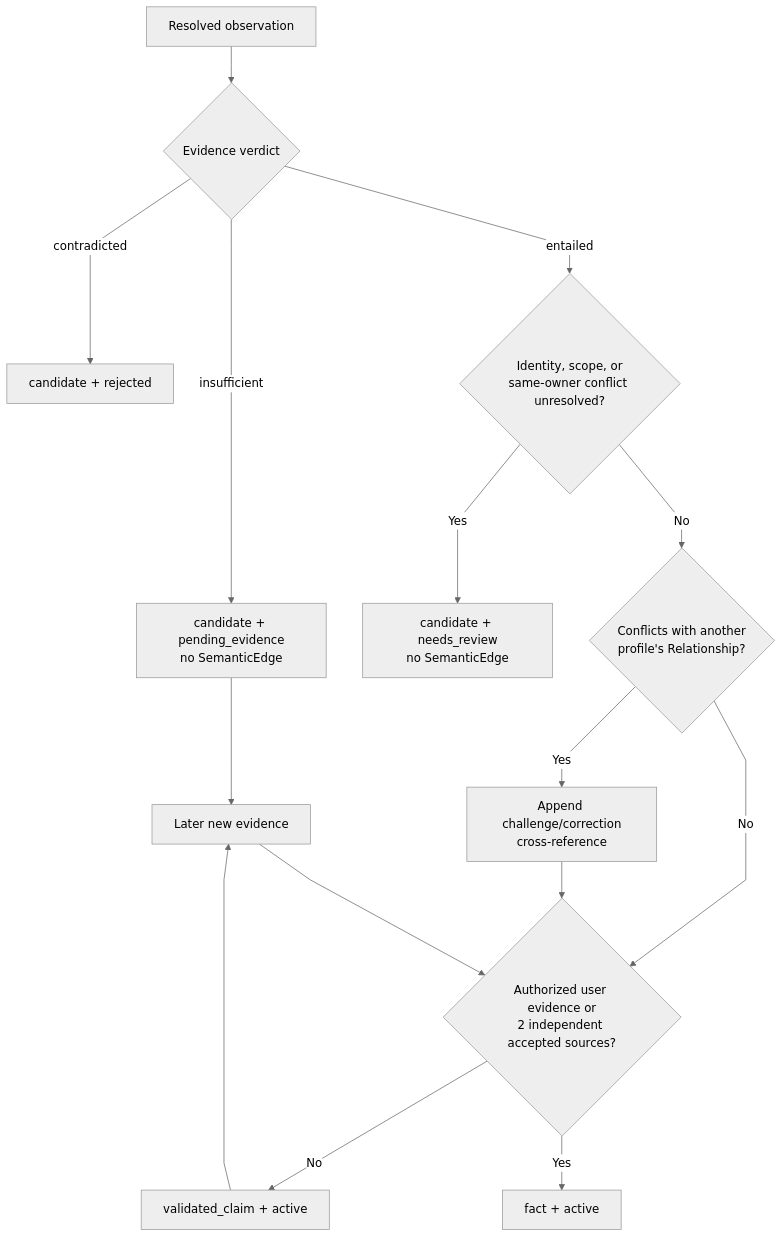
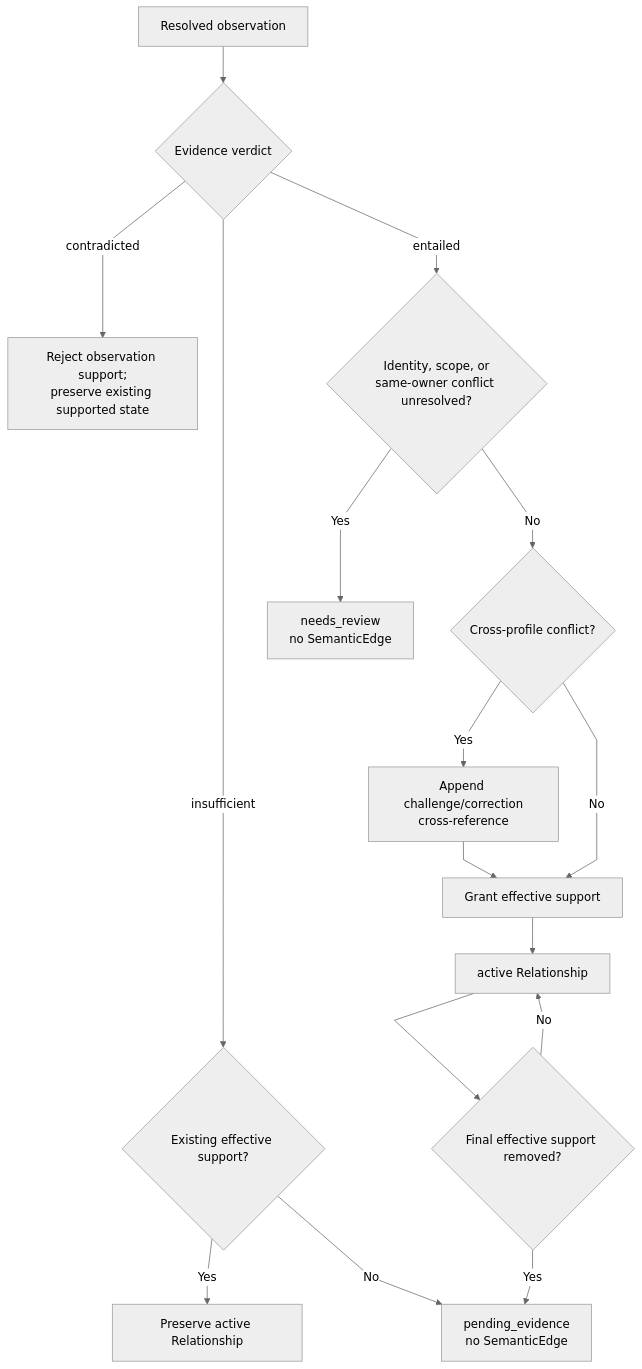
The sixth of 10 diagrams in Relationship-Model-And-Lifecycle.md (markhuangai/dense-mem), drawn with Mermaid (neutral theme) before and after one commit. The commit also changed other lines of this file and 27 other files, not shown here.

Commit message:
Document tier-free Relationship architecture

````diff
--- a/Relationship-Model-And-Lifecycle.md
+++ b/Relationship-Model-And-Lifecycle.md
@@ -522,18 +528,19 @@
 ```mermaid
 %%{init: {"flowchart": {"curve": "linear"}}}%%
 flowchart TD
   Observation["Resolved observation"] --> Verdict{"Evidence verdict"}
-  Verdict -- contradicted --> Rejected["candidate + rejected"]
-  Verdict -- insufficient --> Pending["candidate + pending_evidence<br/>no SemanticEdge"]
+  Verdict -- contradicted --> RejectObservation["Reject observation support;<br/>preserve existing supported state"]
+  Verdict -- insufficient --> Existing{"Existing effective support?"}
+  Existing -- Yes --> Preserve["Preserve active Relationship"]
+  Existing -- No --> Pending["pending_evidence<br/>no SemanticEdge"]
   Verdict -- entailed --> Ambiguous{"Identity, scope, or<br/>same-owner conflict unresolved?"}
-  Ambiguous -- Yes --> Review["candidate + needs_review<br/>no SemanticEdge"]
-  Ambiguous -- No --> Other{"Conflicts with another<br/>profile's Relationship?"}
-  Other -- Yes --> Cross["Append challenge/correction<br/>cross-reference"]
-  Other -- No --> Trusted{"Authorized user evidence or<br/>2 independent accepted sources?"}
-  Cross --> Trusted
-  Trusted -- No --> Claim["validated_claim + active"]
-  Trusted -- Yes --> Fact["fact + active"]
-  Pending --> More["Later new evidence"]
-  Claim --> More
-  More --> Trusted
+  Ambiguous -- Yes --> Review["needs_review<br/>no SemanticEdge"]
+  Ambiguous -- No --> Cross{"Cross-profile conflict?"}
+  Cross -- Yes --> Reference["Append challenge/correction<br/>cross-reference"]
+  Cross -- No --> Support["Grant effective support"]
+  Reference --> Support
+  Support --> Active["active Relationship"]
+  Active --> Lost{"Final effective support removed?"}
+  Lost -- No --> Active
+  Lost -- Yes --> Pending
 ```
````
